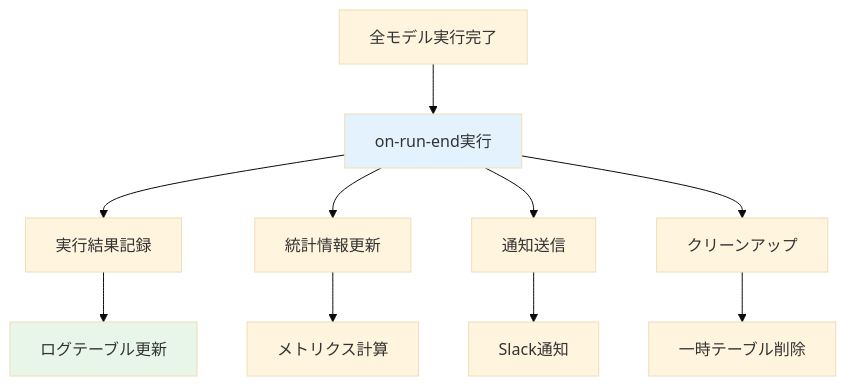
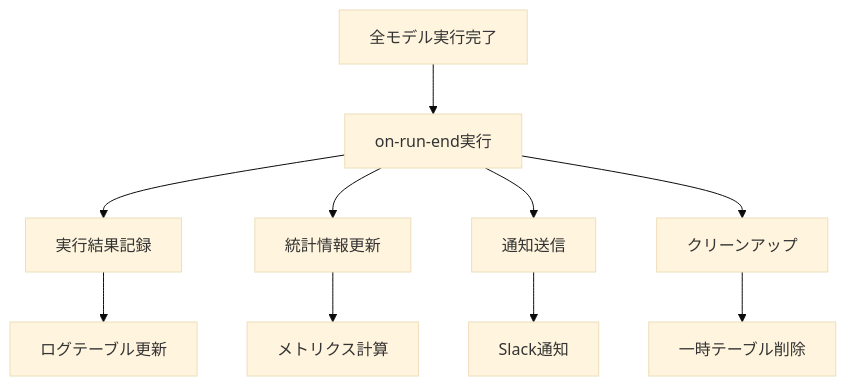
Before and after one commit to 1210yuichi0/1210yuichi0.github.io: the third of 9 diagrams in content/Tech/dbt/categories/hooks-config.md, drawn with Mermaid (base theme). The commit also changed other lines of this file and 22 other files, not shown here.

First line of the commit message:
style: remove Mermaid style directives for dark mode compatibility

````diff
--- a/content/Tech/dbt/categories/hooks-config.md
+++ b/content/Tech/dbt/categories/hooks-config.md
@@ -262,17 +259,15 @@
 ```mermaid
 flowchart TD
     A[全モデル実行完了] --> B[on-run-end実行]
 
     B --> C[実行結果記録]
     B --> D[統計情報更新]
     B --> E[通知送信]
     B --> F[クリーンアップ]
 
     C --> G[ログテーブル更新]
     D --> H[メトリクス計算]
     E --> I[Slack通知]
     F --> J[一時テーブル削除]
 
-    style B fill:#e3f2fd
-    style G fill:#e8f5e9
 ```
````
